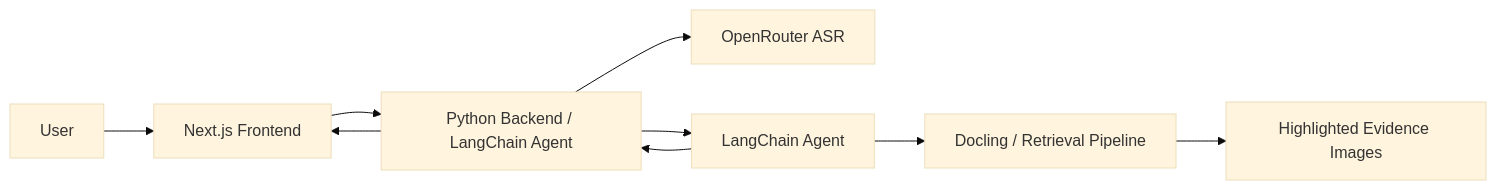
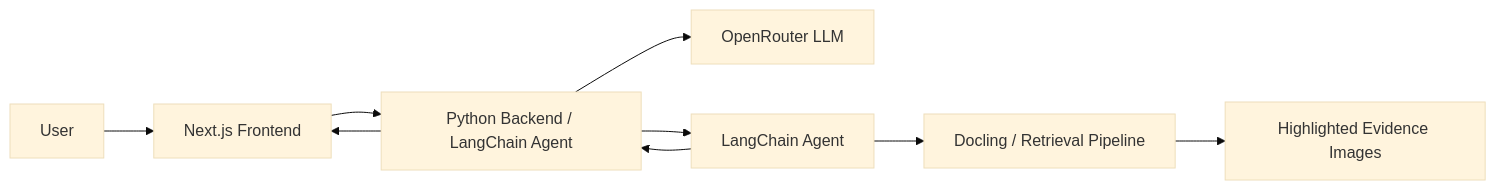
One commit to bebeckmann/FrontendEfferentHackathon changed the diagram in docs/01-framework-decision.md. Above: the diagram before and after it, drawn with Mermaid (base theme). The commit also changed other lines of this file and 20 other files, not shown here.

````diff
--- a/docs/01-framework-decision.md
+++ b/docs/01-framework-decision.md
@@ -38,11 +38,11 @@
 ```mermaid
 flowchart LR
   User["User"] --> UI["Next.js Frontend"]
   UI --> Python["Python Backend / LangChain Agent"]
-  Python --> OpenRouter["OpenRouter ASR"]
+  Python --> OpenRouter["OpenRouter LLM"]
   Python --> Agent["LangChain Agent"]
   Agent --> Retrieval["Docling / Retrieval Pipeline"]
   Retrieval --> Evidence["Highlighted Evidence Images"]
   Agent --> Python
   Python --> UI
 ```
````
